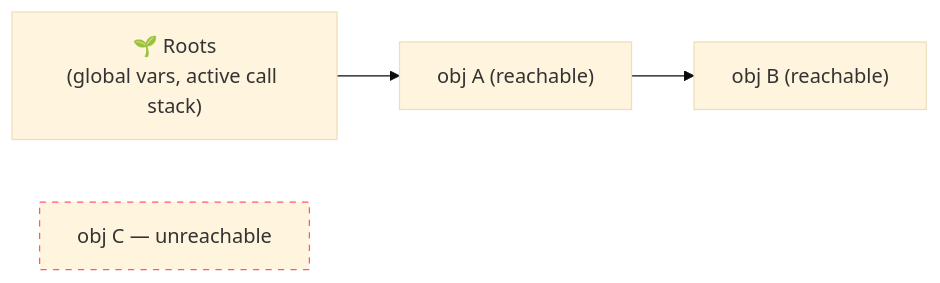
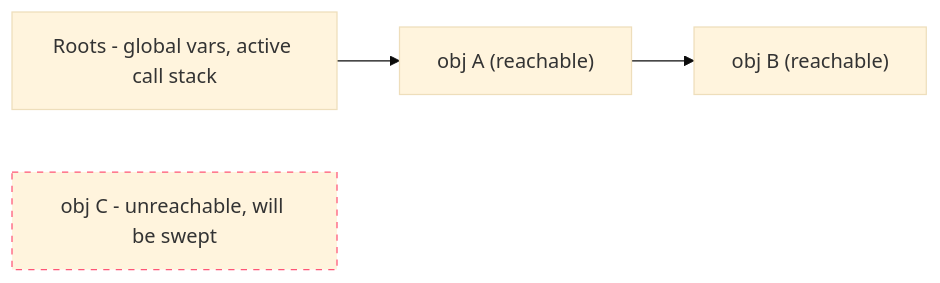
Before and after one commit to DipanPramanik098/Thunder-100-Days-Of-Code: diagram 19 of 19 in _01_JavaScript/JavaScript.md, drawn with Mermaid (base theme). The commit also changed other lines of this file, not shown here.

````diff
--- a/_01_JavaScript/JavaScript.md
+++ b/_01_JavaScript/JavaScript.md
@@ -922,8 +922,8 @@
 ```mermaid
 flowchart LR
-    Roots["🌱 Roots\n(global vars, active call stack)"] --> A["obj A (reachable)"]
+    Roots["Roots - global vars, active call stack"] --> A["obj A (reachable)"]
     A --> B["obj B (reachable)"]
-    C["obj C — unreachable"]:::unreachable
+    C["obj C - unreachable, will be swept"]:::unreachable
 
-    classDef unreachable stroke-dasharray: 5 5,stroke:#ff5577
+    classDef unreachable stroke-dasharray:5 5,stroke:#ff5577
 ```
````
